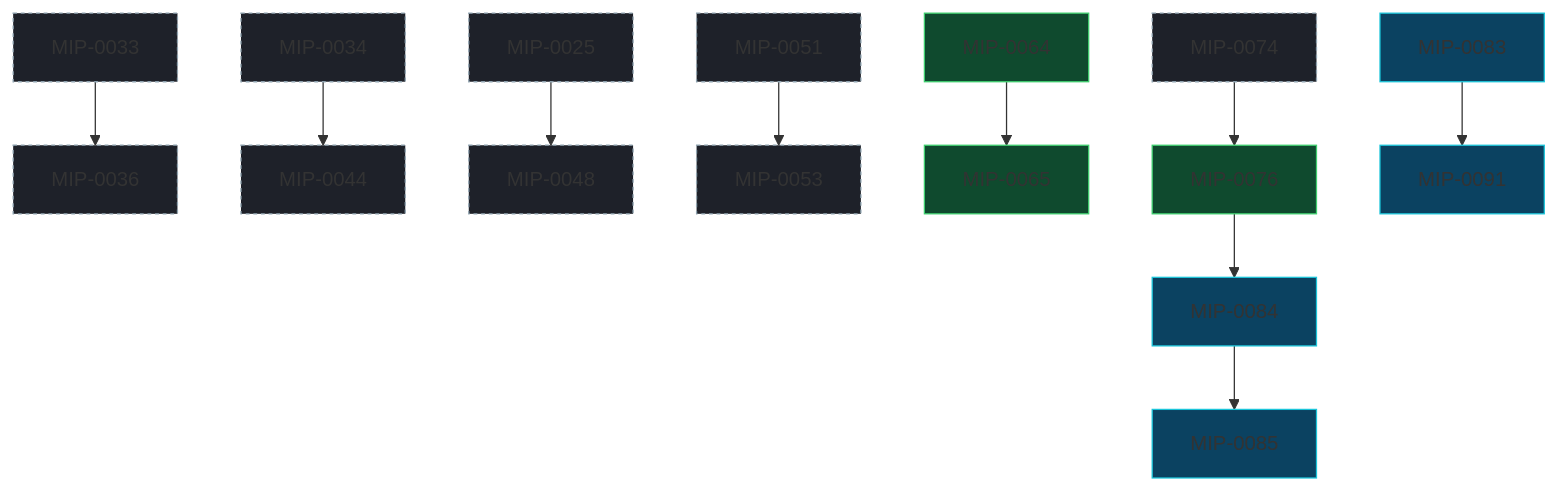
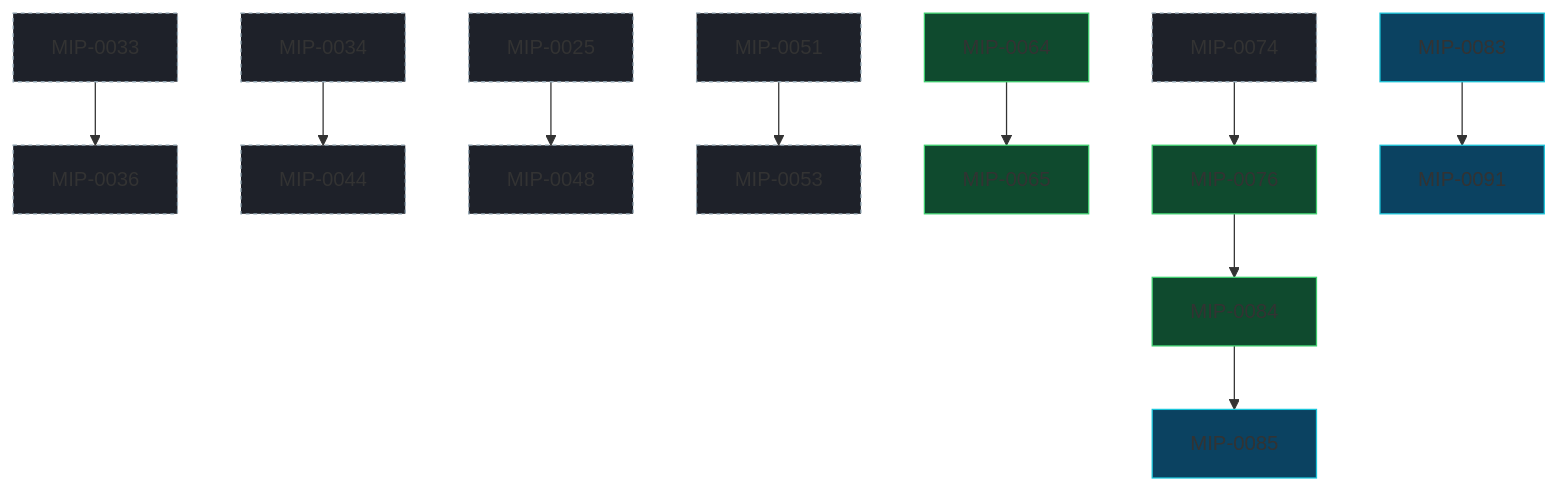
One commit to marola-dev/marola changed the diagram in docs/MIPs/README.md. Above: the diagram before and after it, drawn with Mermaid. The commit also changed other lines of this file and 1 other file, not shown here.

Commit message:
MIP-0084: live-close, Status to Implemented (task 12)
The live checks ran in a bare shell, under nix develop, in claude.ai/code on
the umbrella and marola-app, and in a Claude Project thread; the opt-in
question was answered Never once and wrote MAROLA_PLUGIN_OPTOUT to user
settings. §11's cloud-proxy question is answered: route fetch works.

Tested: docs-lint clean; mip_graph --check current; route bench 8/8 in every setup; hook silent after Never (0 opt-in lines)

````diff
--- a/docs/MIPs/README.md
+++ b/docs/MIPs/README.md
@@ -100,32 +100,32 @@
 ```mermaid
 flowchart TD
   classDef draft fill:#1e2129,stroke:#8fa3b0,stroke-dasharray:3 3;
   classDef accepted fill:#0b4261,stroke:#1ac5da;
   classDef implemented fill:#0f4a2e,stroke:#3ecf6e;
   classDef rejected fill:#2a2d35,stroke:#666,color:#999;
   M0025["MIP-0025"]:::draft
   M0033["MIP-0033"]:::draft
   M0034["MIP-0034"]:::draft
   M0036["MIP-0036"]:::draft
   M0044["MIP-0044"]:::draft
   M0048["MIP-0048"]:::draft
   M0051["MIP-0051"]:::draft
   M0053["MIP-0053"]:::draft
   M0064["MIP-0064"]:::implemented
   M0065["MIP-0065"]:::implemented
   M0074["MIP-0074"]:::draft
   M0076["MIP-0076"]:::implemented
   M0083["MIP-0083"]:::accepted
-  M0084["MIP-0084"]:::accepted
+  M0084["MIP-0084"]:::implemented
   M0085["MIP-0085"]:::accepted
   M0091["MIP-0091"]:::accepted
   M0025 --> M0048
   M0033 --> M0036
   M0034 --> M0044
   M0051 --> M0053
   M0064 --> M0065
   M0074 --> M0076
   M0076 --> M0084
   M0083 --> M0091
   M0084 --> M0085
 ```
````
